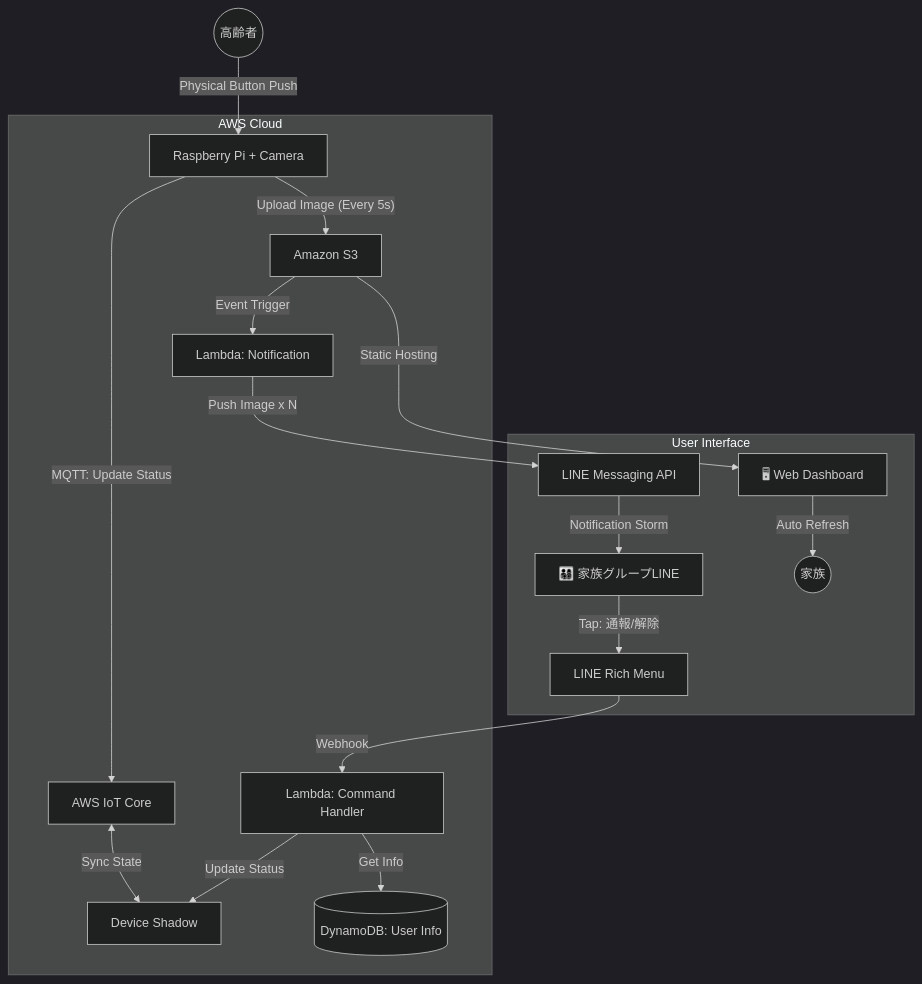
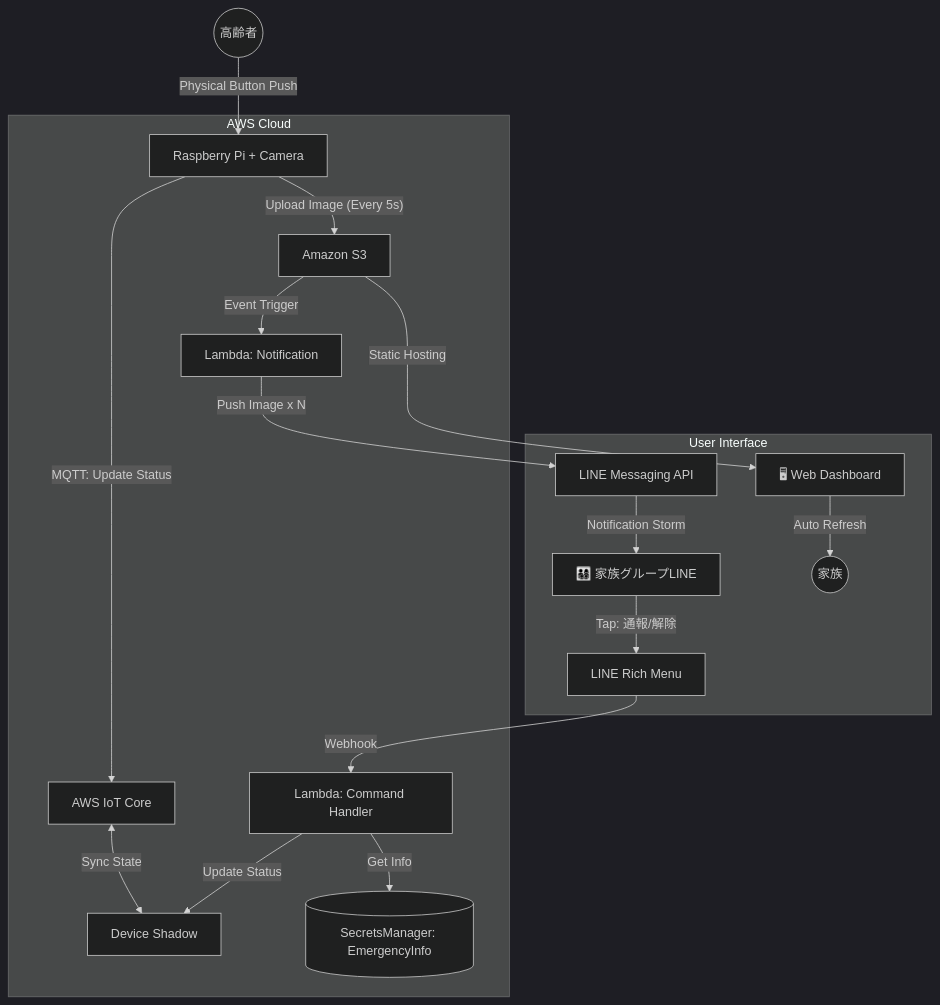
The diagram in docs/Project/Design/RDD.md (Se4ki6/Grandma_Alert), drawn with Mermaid (dark theme) before and after one commit. The commit also changed other lines of this file and 5 other files, not shown here.

````diff
--- a/docs/Project/Design/RDD.md
+++ b/docs/Project/Design/RDD.md
@@ -25,29 +25,29 @@
 ```mermaid
 graph TD
     %% Hardware Layer
     User((高齢者)) -->|Physical Button Push| Pi[Raspberry Pi + Camera]
 
     %% AWS Cloud Layer
     subgraph AWS Cloud
         Pi -->|MQTT: Update Status| IoT[AWS IoT Core]
         IoT <-->|Sync State| Shadow[Device Shadow]
 
         Pi -- "Upload Image (Every 5s)" --> S3[Amazon S3]
         S3 -- "Event Trigger" --> Lambda_Push[Lambda: Notification]
 
         Lambda_Bot[Lambda: Command Handler] -->|Update Status| Shadow
-        Lambda_Bot -->|Get Info| DynamoDB[(DynamoDB: User Info)]
+        Lambda_Bot -->|Get Info| SecretsManager[(SecretsManager: EmergencyInfo)]
     end
 
     %% Interface Layer
     subgraph User Interface
         Lambda_Push -->|Push Image x N| LINE[LINE Messaging API]
         LINE -->|Notification Storm| Group[👨‍👩‍👧‍👦 家族グループLINE]
 
         Group -- "Tap: 通報/解除" --> RichMenu[LINE Rich Menu]
         RichMenu -->|Webhook| Lambda_Bot
 
         S3 -->|Static Hosting| Web[🖥 Web Dashboard]
         Web -->|Auto Refresh| FamilyUser((家族))
     end
 ```
````
